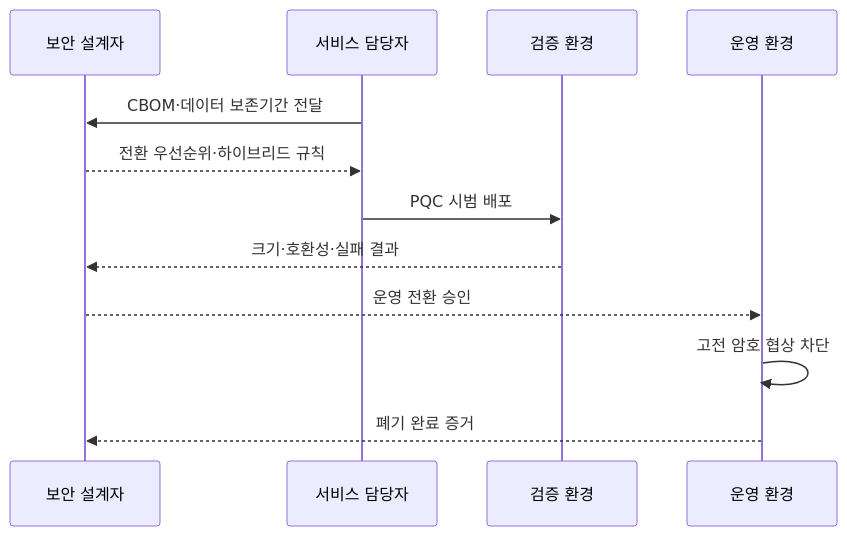
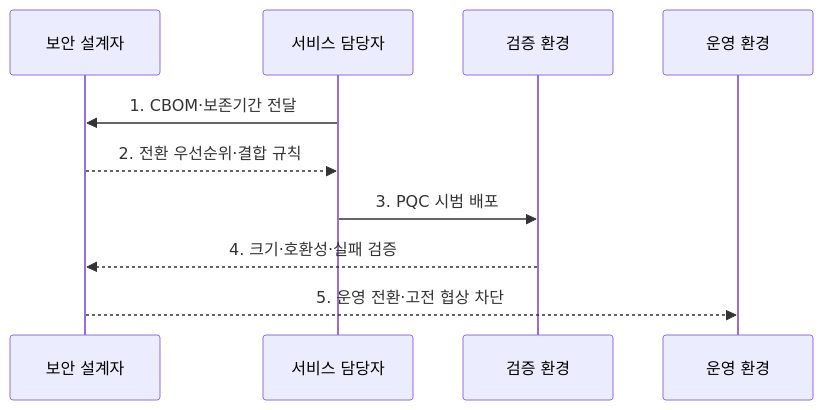
One commit to agnusdei1207/knowledge-base changed the second of 2 diagrams in src/content/docs/notes/05-security/013_pqc_migration_hybrid.md. Above: the diagram before and after it, drawn with Mermaid. The commit also changed other lines of this file and 22 other files, not shown here.

````diff
--- a/src/content/docs/notes/05-security/013_pqc_migration_hybrid.md
+++ b/src/content/docs/notes/05-security/013_pqc_migration_hybrid.md
@@ -80,14 +82,12 @@
 ```mermaid
 sequenceDiagram
     participant A as 보안 설계자
     participant O as 서비스 담당자
     participant T as 검증 환경
     participant P as 운영 환경
-    O->>A: CBOM·데이터 보존기간 전달
-    A-->>O: 전환 우선순위·하이브리드 규칙
-    O->>T: PQC 시범 배포
-    T-->>A: 크기·호환성·실패 결과
-    A-->>P: 운영 전환 승인
-    P->>P: 고전 암호 협상 차단
-    P-->>A: 폐기 완료 증거
+    O->>A: 1. CBOM·보존기간 전달
+    A-->>O: 2. 전환 우선순위·결합 규칙
+    O->>T: 3. PQC 시범 배포
+    T-->>A: 4. 크기·호환성·실패 검증
+    A-->>P: 5. 운영 전환·고전 협상 차단
 ```
````
